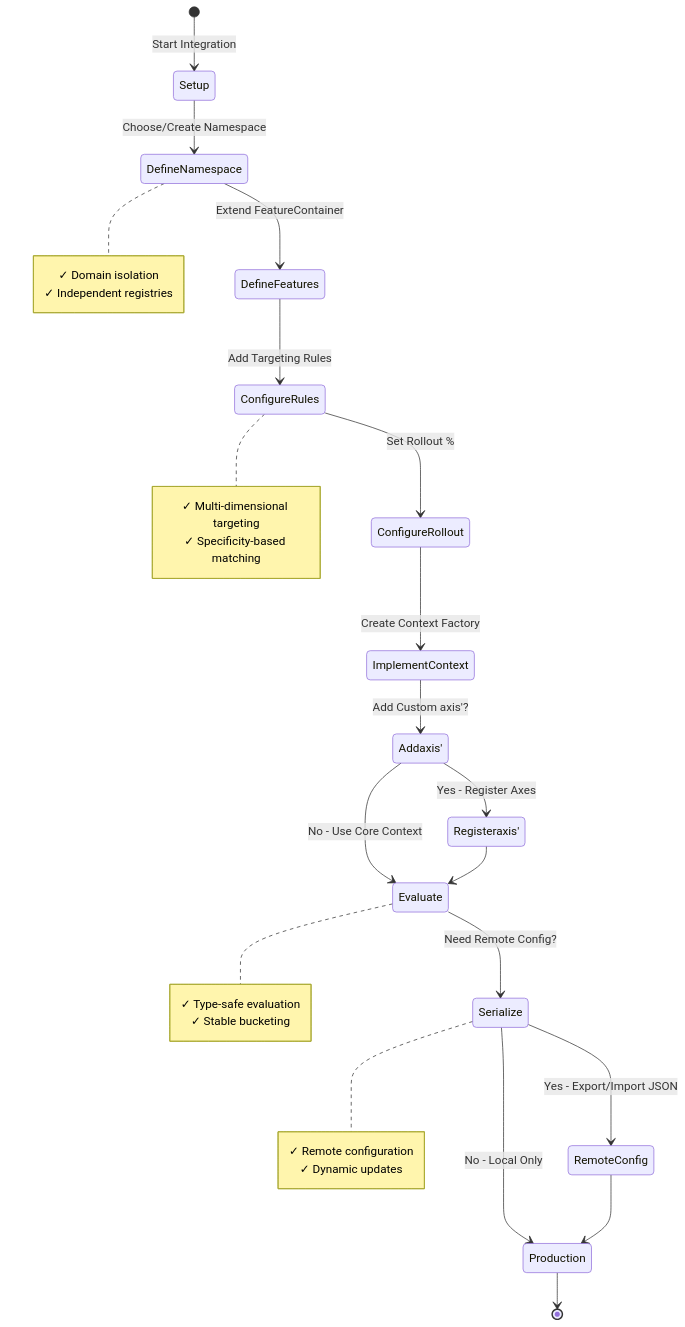
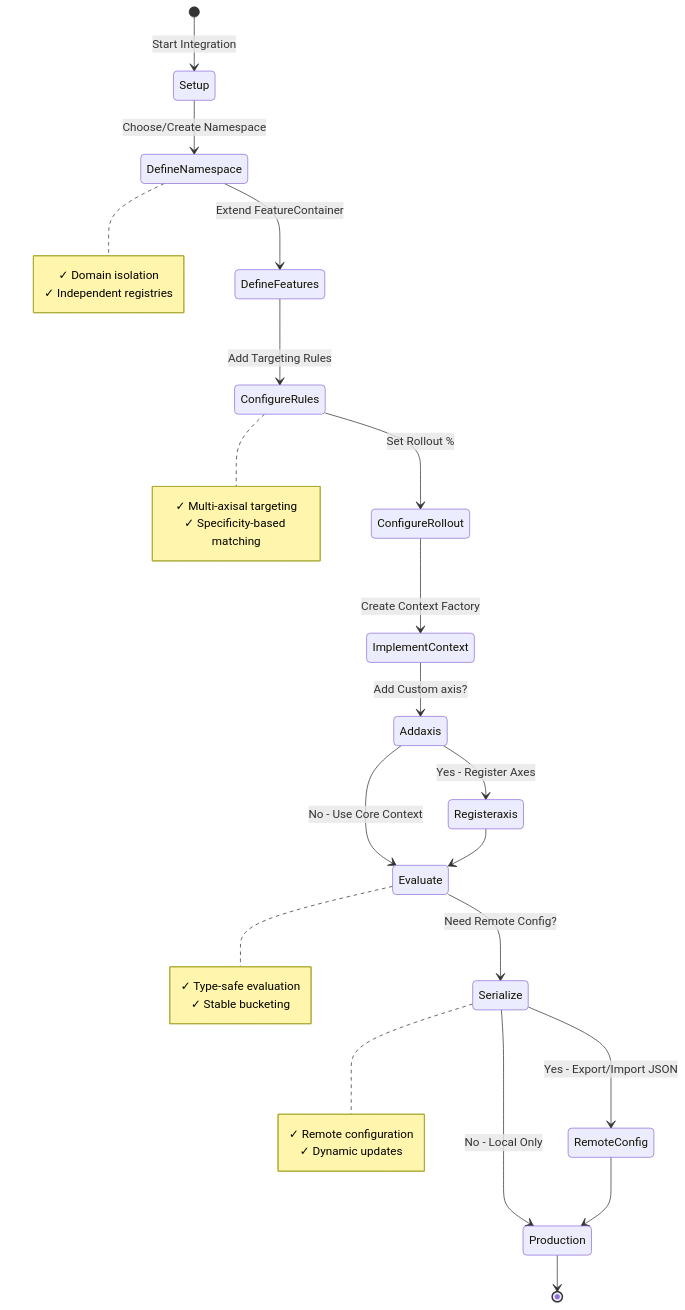
Before and after one commit to amichne/konditional: the fifth of 6 diagrams in docs/onboarding-flow.md, drawn with Mermaid. The commit also changed other lines of this file and 54 other files, not shown here.

Commit message:
Removed unused, and standardized the remaining names for all Kontract meta-schema and validatable value instances

````diff
--- a/docs/onboarding-flow.md
+++ b/docs/onboarding-flow.md
@@ -142,44 +142,44 @@
 ```mermaid
 stateDiagram-v2
     [*] --> Setup: Start Integration
 
     Setup --> DefineNamespace: Choose/Create Namespace
     DefineNamespace --> DefineFeatures: Extend FeatureContainer
 
     DefineFeatures --> ConfigureRules: Add Targeting Rules
     ConfigureRules --> ConfigureRollout: Set Rollout %
 
     ConfigureRollout --> ImplementContext: Create Context Factory
-    ImplementContext --> Addaxis': Add Custom axis'?
+    ImplementContext --> Addaxis: Add Custom axis?
 
-    Addaxis' --> Registeraxis': Yes - Register Axes
-    Addaxis' --> Evaluate: No - Use Core Context
-    Registeraxis' --> Evaluate
+    Addaxis --> Registeraxis: Yes - Register Axes
+    Addaxis --> Evaluate: No - Use Core Context
+    Registeraxis --> Evaluate
 
     Evaluate --> Serialize: Need Remote Config?
     Serialize --> RemoteConfig: Yes - Export/Import JSON
     Serialize --> Production: No - Local Only
     RemoteConfig --> Production
 
     Production --> [*]
 
     note right of DefineNamespace
         ✓ Domain isolation
         ✓ Independent registries
     end note
 
     note right of ConfigureRules
-        ✓ Multi-dimensional targeting
+        ✓ Multi-axisal targeting
         ✓ Specificity-based matching
     end note
 
     note right of Evaluate
         ✓ Type-safe evaluation
         ✓ Stable bucketing
     end note
 
     note right of Serialize
         ✓ Remote configuration
         ✓ Dynamic updates
     end note
 ```
````
